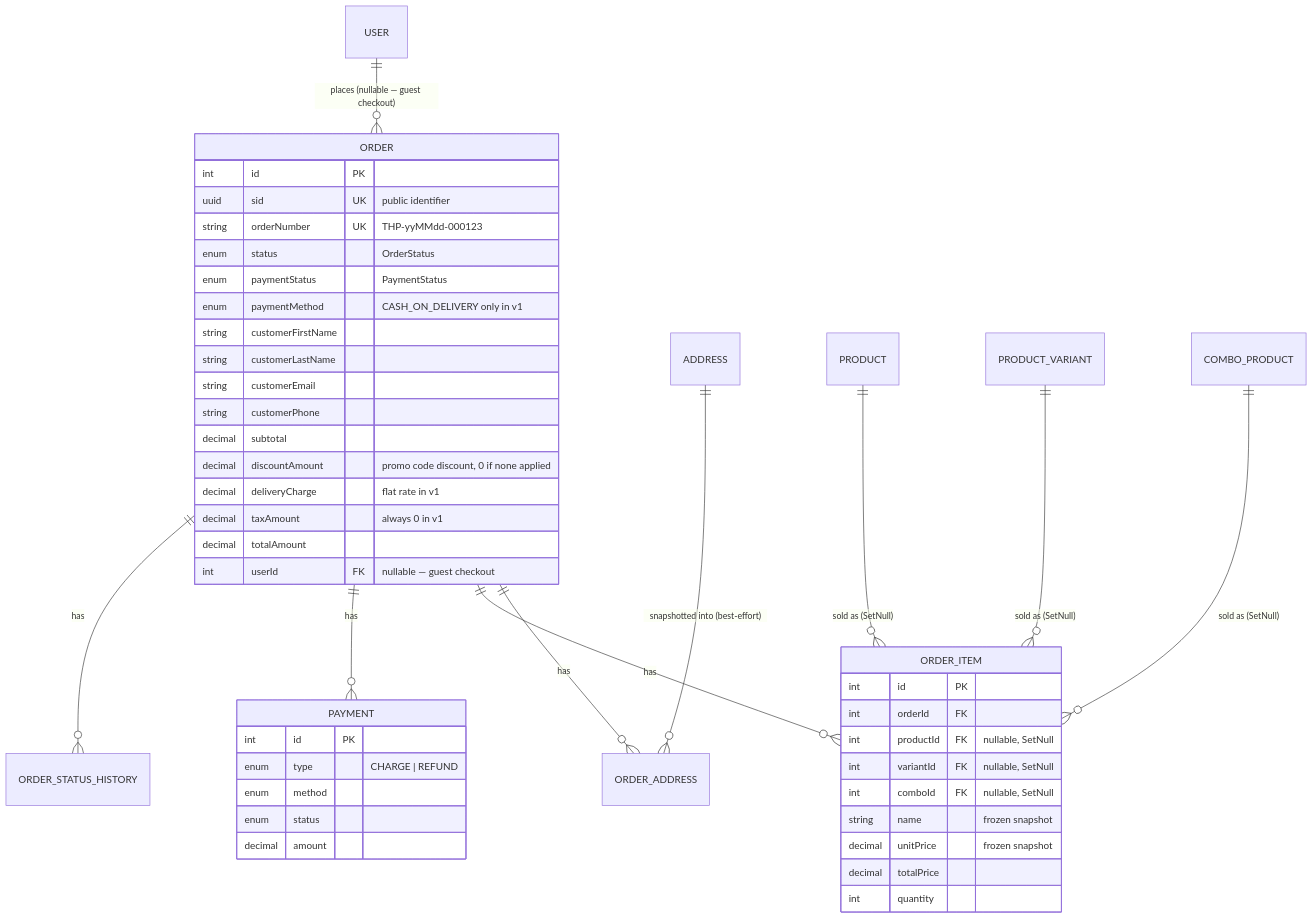
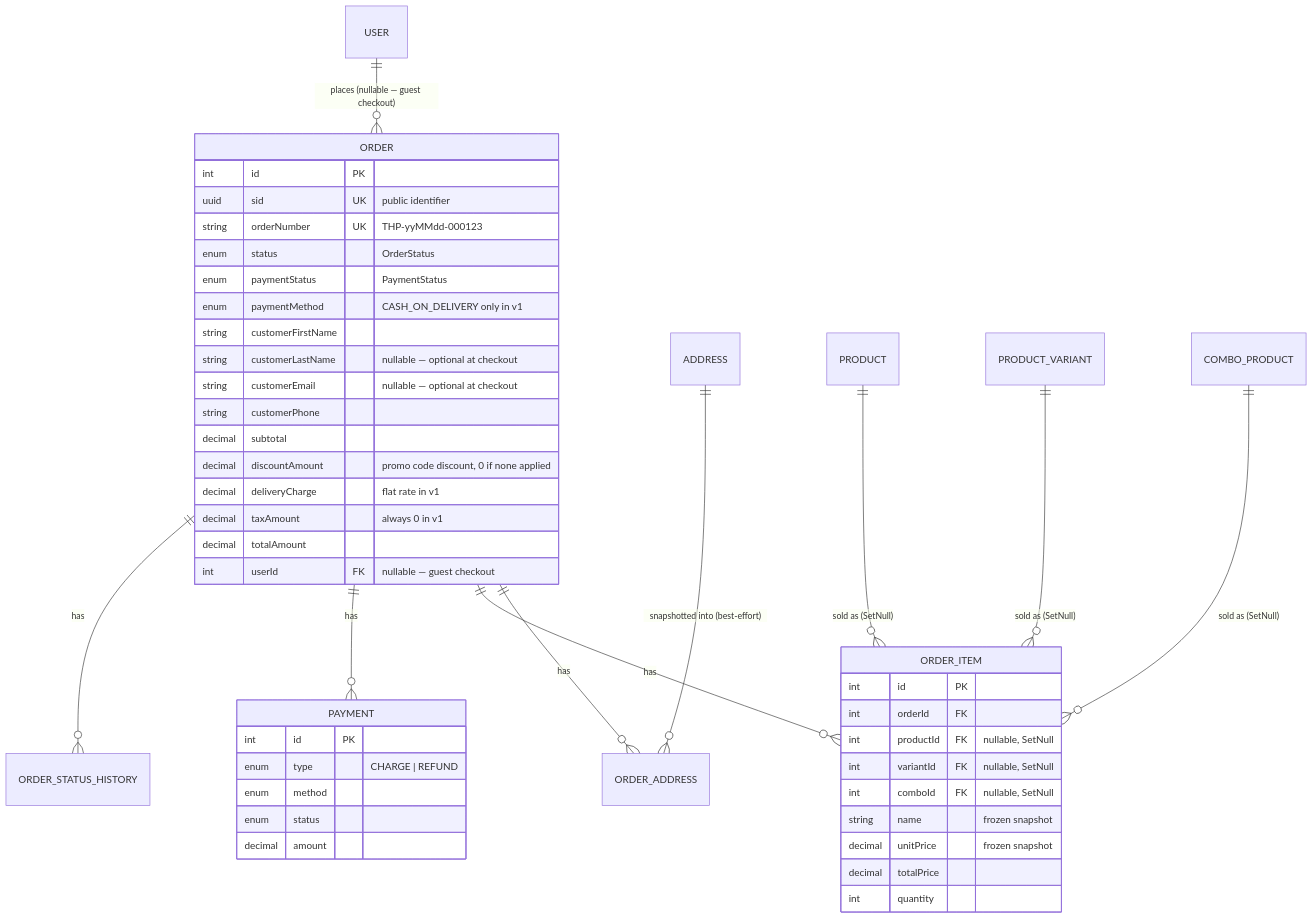
Before and after one commit to QuaziSamiha/thai-health-product-server: the diagram in docs/order.md, drawn with Mermaid. The commit also changed other lines of this file and 10 other files, not shown here.

````diff
--- a/docs/order.md
+++ b/docs/order.md
@@ -16,51 +16,51 @@
 ```mermaid
 erDiagram
     USER ||--o{ ORDER : "places (nullable — guest checkout)"
     ADDRESS ||--o{ ORDER_ADDRESS : "snapshotted into (best-effort)"
     ORDER ||--o{ ORDER_ADDRESS : "has"
     ORDER ||--o{ ORDER_ITEM : "has"
     ORDER ||--o{ PAYMENT : "has"
     ORDER ||--o{ ORDER_STATUS_HISTORY : "has"
     PRODUCT ||--o{ ORDER_ITEM : "sold as (SetNull)"
     PRODUCT_VARIANT ||--o{ ORDER_ITEM : "sold as (SetNull)"
     COMBO_PRODUCT ||--o{ ORDER_ITEM : "sold as (SetNull)"
 
     ORDER {
         int id PK
         uuid sid UK "public identifier"
         string orderNumber UK "THP-yyMMdd-000123"
         enum status "OrderStatus"
         enum paymentStatus "PaymentStatus"
         enum paymentMethod "CASH_ON_DELIVERY only in v1"
         string customerFirstName
-        string customerLastName
-        string customerEmail
+        string customerLastName "nullable — optional at checkout"
+        string customerEmail "nullable — optional at checkout"
         string customerPhone
         decimal subtotal
         decimal discountAmount "promo code discount, 0 if none applied"
         decimal deliveryCharge "flat rate in v1"
         decimal taxAmount "always 0 in v1"
         decimal totalAmount
         int userId FK "nullable — guest checkout"
     }
 
     ORDER_ITEM {
         int id PK
         int orderId FK
         int productId FK "nullable, SetNull"
         int variantId FK "nullable, SetNull"
         int comboId FK "nullable, SetNull"
         string name "frozen snapshot"
         decimal unitPrice "frozen snapshot"
         decimal totalPrice
         int quantity
     }
 
     PAYMENT {
         int id PK
         enum type "CHARGE | REFUND"
         enum method
         enum status
         decimal amount
     }
 ```
````
